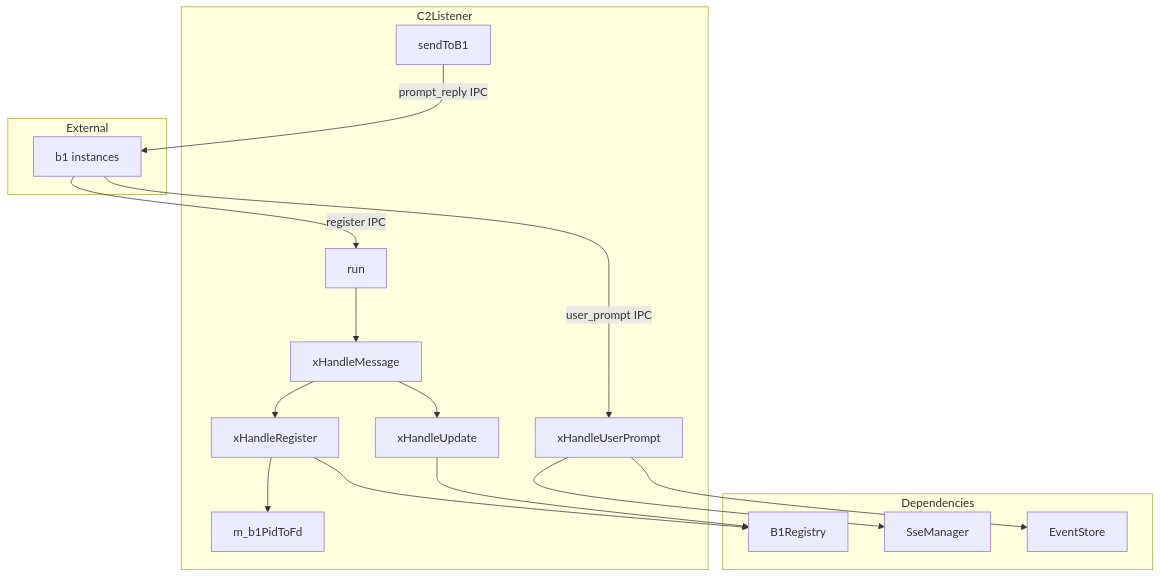
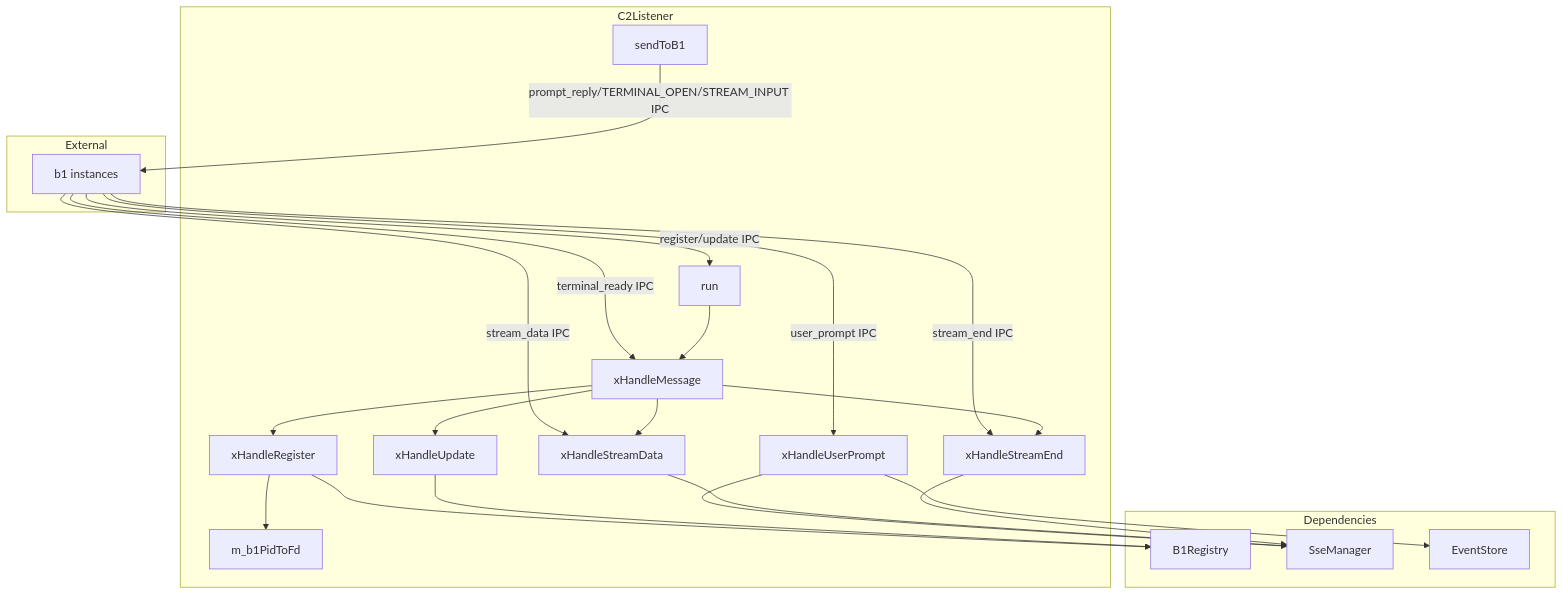
Before and after one commit to opensassi/a0: the first of 2 diagrams in src/c2/c2_listener.spec.md, drawn with Mermaid. The commit also changed other lines of this file and 165 other files, not shown here.

````diff
--- a/src/c2/c2_listener.spec.md
+++ b/src/c2/c2_listener.spec.md
@@ -55,34 +54,43 @@
 ```mermaid
 graph TB
     subgraph C2Listener
         LISTEN[run]
         MSG[xHandleMessage]
         REG[xHandleRegister]
         UPD[xHandleUpdate]
         UP[xHandleUserPrompt]
+        SD[xHandleStreamData]
+        SE[xHandleStreamEnd]
         SEND[sendToB1]
         P2F[m_b1PidToFd]
     end
 
     subgraph External
         B1[b1 instances]
     end
 
     subgraph Dependencies
         REGISTRY[B1Registry]
         SSE[SseManager]
         EV[EventStore]
     end
 
+    B1 -->|register/update IPC| LISTEN
     B1 -->|user_prompt IPC| UP
-    B1 -->|register IPC| LISTEN
+    B1 -->|stream_data IPC| SD
+    B1 -->|stream_end IPC| SE
+    B1 -->|terminal_ready IPC| MSG
     LISTEN --> MSG
     MSG --> REG
     MSG --> UPD
+    MSG --> SD
+    MSG --> SE
     REG --> P2F
     REG --> REGISTRY
     UPD --> REGISTRY
     UP --> EV
     UP --> SSE
-    SEND -->|prompt_reply IPC| B1
+    SD --> SSE
+    SE --> SSE
+    SEND -->|prompt_reply/TERMINAL_OPEN/STREAM_INPUT IPC| B1
 ```
````
